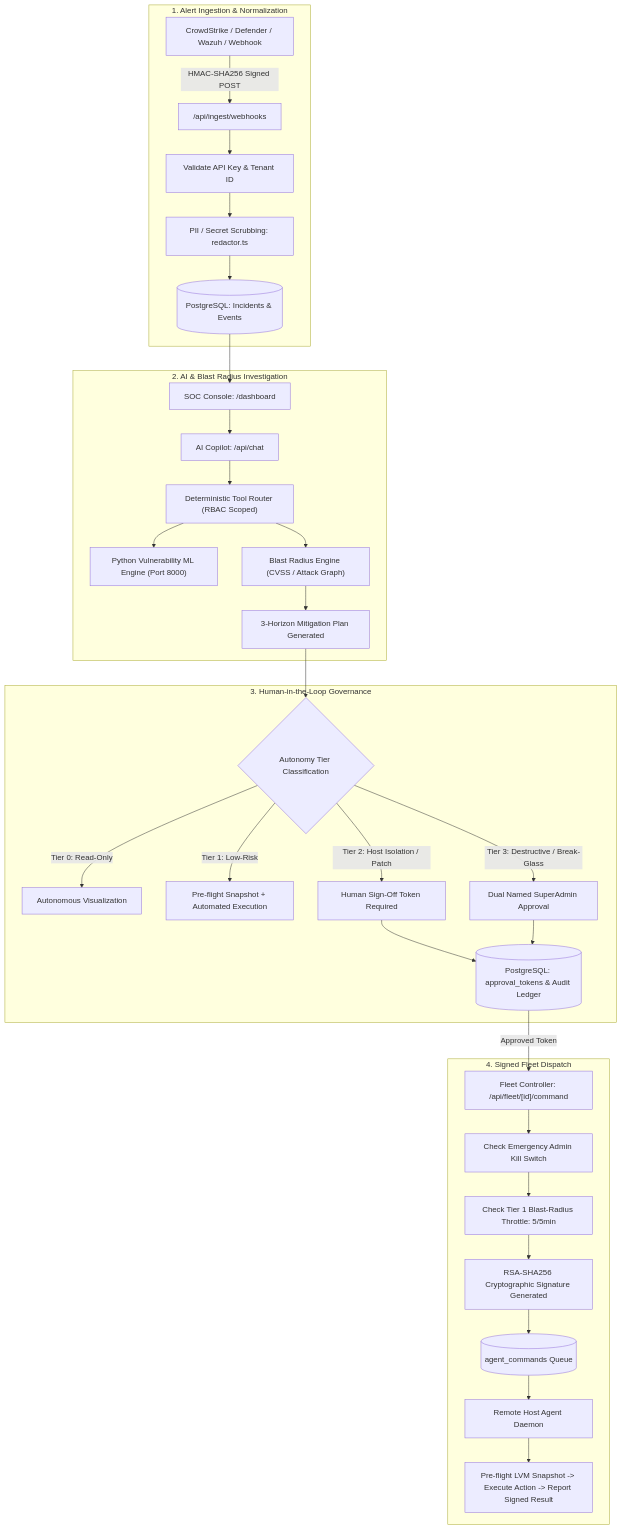
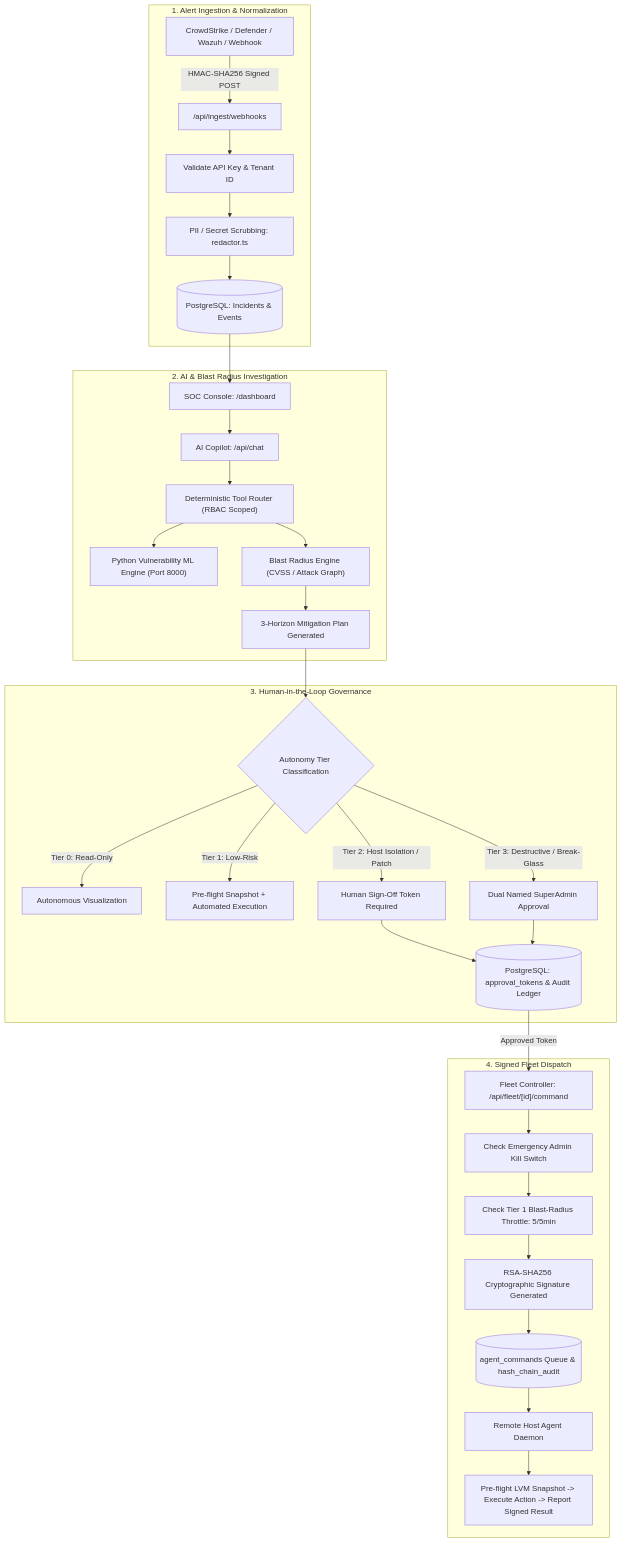
Before and after one commit to Mints-ai/SHIELD-DESK: the diagram in README.md, drawn with Mermaid. The commit also changed other lines of this file, not shown here.

Commit message:
docs: synchronize README with actual codebase architecture, endpoints, and security mechanisms

````diff
--- a/README.md
+++ b/README.md
@@ -33,35 +33,35 @@
 ```mermaid
 flowchart TD
     subgraph Ingestion ["1. Alert Ingestion & Normalization"]
         A[CrowdStrike / Defender / Wazuh / Webhook] -->|HMAC-SHA256 Signed POST| B["/api/ingest/webhooks"]
         B --> C[Validate API Key & Tenant ID]
         C --> D[PII / Secret Scrubbing: redactor.ts]
         D --> E[(PostgreSQL: Incidents & Events)]
     end
     subgraph Investigation ["2. AI & Blast Radius Investigation"]
         E --> F[SOC Console: /dashboard]
         F --> G["AI Copilot: /api/chat"]
         G --> H["Deterministic Tool Router (RBAC Scoped)"]
         H --> I["Python Vulnerability ML Engine (Port 8000)"]
         H --> J["Blast Radius Engine (CVSS / Attack Graph)"]
         J --> K["3-Horizon Mitigation Plan Generated"]
     end
     subgraph Governance ["3. Human-in-the-Loop Governance"]
         K --> L{Autonomy Tier Classification}
         L -->|Tier 0: Read-Only| M[Autonomous Visualization]
         L -->|Tier 1: Low-Risk| N[Pre-flight Snapshot + Automated Execution]
         L -->|Tier 2: Host Isolation / Patch| O[Human Sign-Off Token Required]
         L -->|Tier 3: Destructive / Break-Glass| P[Dual Named SuperAdmin Approval]
         O --> Q[(PostgreSQL: approval_tokens & Audit Ledger)]
         P --> Q
     end
     subgraph Execution ["4. Signed Fleet Dispatch"]
         Q -->|Approved Token| R["Fleet Controller: /api/fleet/[id]/command"]
         R --> S[Check Emergency Admin Kill Switch]
         S --> T[Check Tier 1 Blast-Radius Throttle: 5/5min]
         T --> U[RSA-SHA256 Cryptographic Signature Generated]
-        U --> V[(agent_commands Queue)]
+        U --> V[(agent_commands Queue & hash_chain_audit)]
         V --> W[Remote Host Agent Daemon]
         W --> X[Pre-flight LVM Snapshot -> Execute Action -> Report Signed Result]
     end
 ```
````
